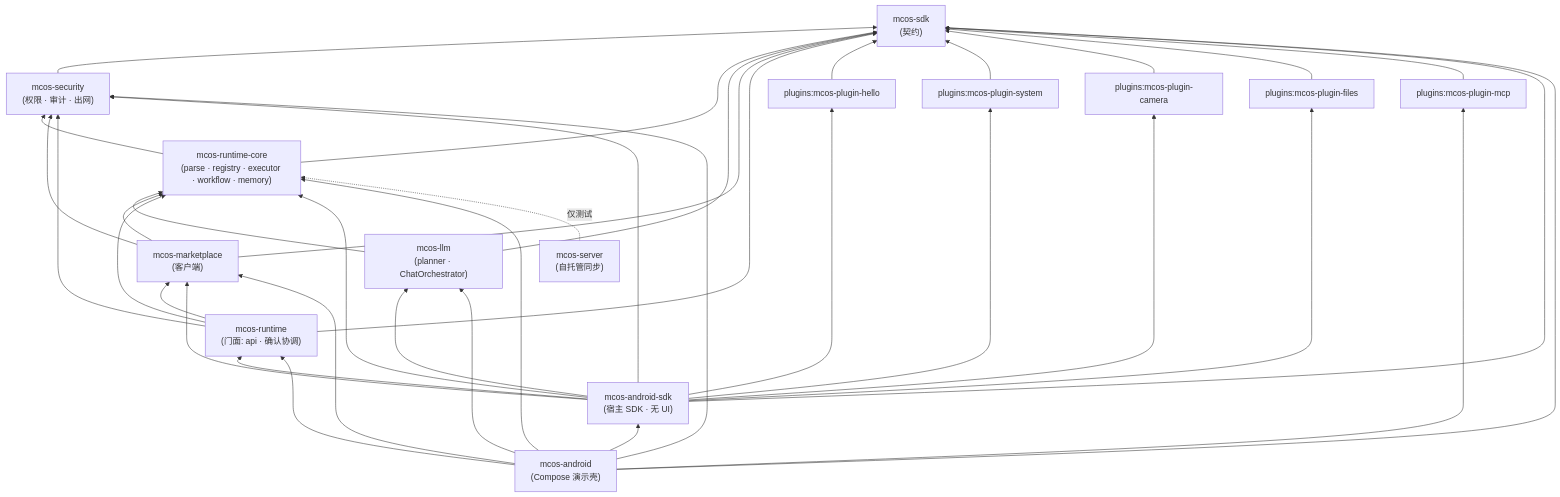
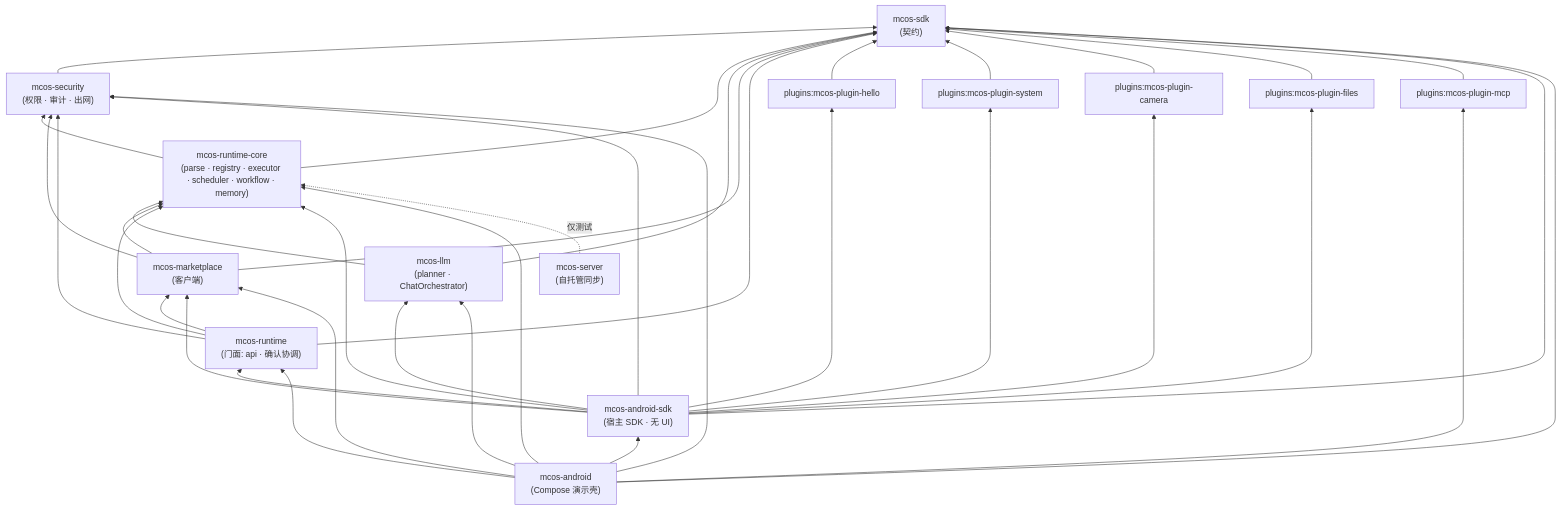
One commit to Morainet/mcos changed the diagram in docs/zh/REPOSITORIES.md. Above: the diagram before and after it, drawn with Mermaid. The commit also changed other lines of this file and 8 other files, not shown here.

````diff
--- a/docs/zh/REPOSITORIES.md
+++ b/docs/zh/REPOSITORIES.md
@@ -15,54 +15,54 @@
 ```mermaid
 flowchart BT
     sdk["mcos-sdk<br/>(契约)"]
     sec["mcos-security<br/>(权限 · 审计 · 出网)"]
-    core["mcos-runtime-core<br/>(parse · registry · executor · workflow · memory)"]
+    core["mcos-runtime-core<br/>(parse · registry · executor · scheduler · workflow · memory)"]
     llm["mcos-llm<br/>(planner · ChatOrchestrator)"]
     mkt["mcos-marketplace<br/>(客户端)"]
     rt["mcos-runtime<br/>(门面: api · 确认协调)"]
     hello["plugins:mcos-plugin-hello"]
     sys["plugins:mcos-plugin-system"]
     cam["plugins:mcos-plugin-camera"]
     files["plugins:mcos-plugin-files"]
     mcp["plugins:mcos-plugin-mcp"]
     asdk["mcos-android-sdk<br/>(宿主 SDK · 无 UI)"]
     app["mcos-android<br/>(Compose 演示壳)"]
     srv["mcos-server<br/>(自托管同步)"]
 
     sec --> sdk
     core --> sdk
     core --> sec
     llm --> sdk
     llm --> core
     mkt --> sdk
     mkt --> sec
     mkt --> core
     rt --> sdk
     rt --> sec
     rt --> core
     rt --> mkt
     hello --> sdk
     sys --> sdk
     cam --> sdk
     files --> sdk
     mcp --> sdk
     asdk --> sdk
     asdk --> sec
     asdk --> core
     asdk --> rt
     asdk --> llm
     asdk --> mkt
     asdk --> hello
     asdk --> sys
     asdk --> cam
     asdk --> files
     app --> asdk
     app --> sdk
     app --> sec
     app --> core
     app --> rt
     app --> llm
     app --> mkt
     app --> mcp
     srv -.->|"仅测试"| core
 ```
````
